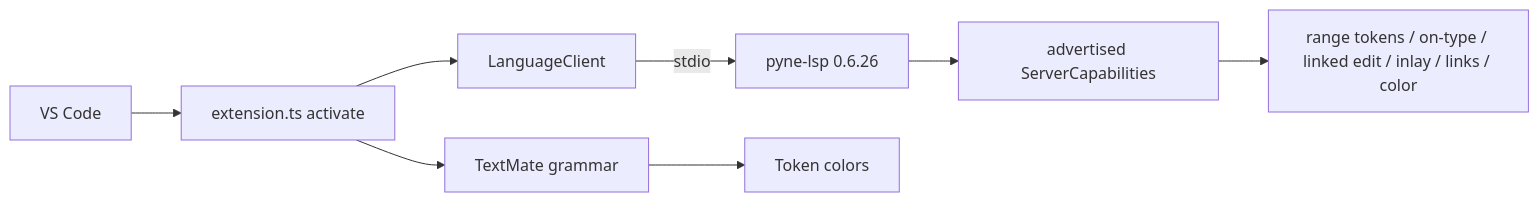
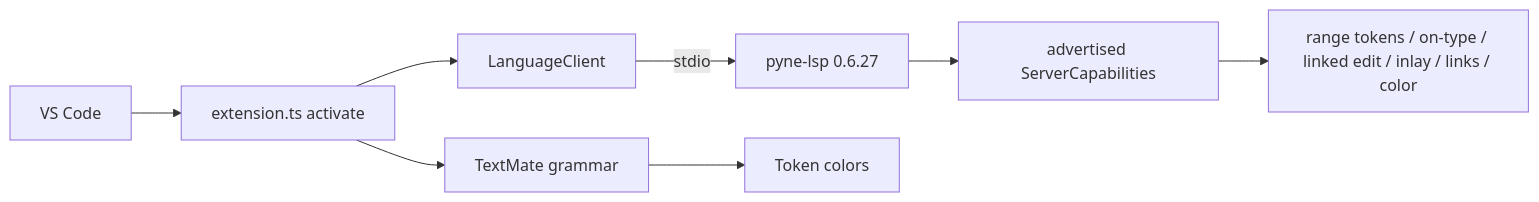
Before and after one commit to hoox-sh/pyne: the diagram in docs/pyne/lsp/vscode-extension.mdx, drawn with Mermaid. The commit also changed other lines of this file and 15 other files, not shown here.

````diff
--- a/docs/pyne/lsp/vscode-extension.mdx
+++ b/docs/pyne/lsp/vscode-extension.mdx
@@ -33,10 +33,10 @@
 ```mermaid
 flowchart LR
   VS[VS Code] --> EXT[extension.ts activate]
   EXT --> LC[LanguageClient]
-  LC -->|stdio| LSP[pyne-lsp 0.6.26]
+  LC -->|stdio| LSP[pyne-lsp 0.6.27]
   EXT --> TM[TextMate grammar]
   TM --> HL[Token colors]
   LSP --> CAP[advertised ServerCapabilities]
   CAP --> UI[range tokens / on-type / linked edit / inlay / links / color]
 ```
````
